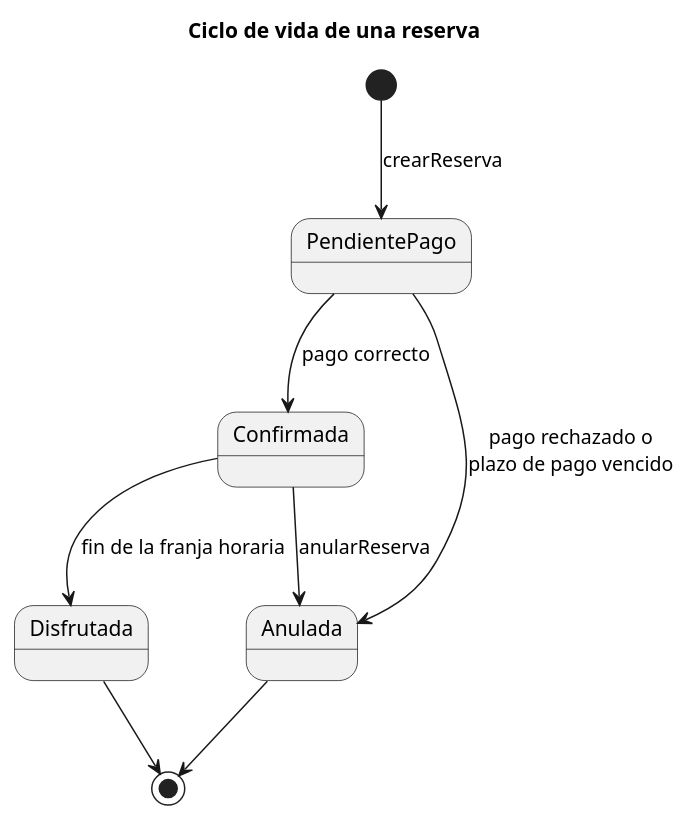
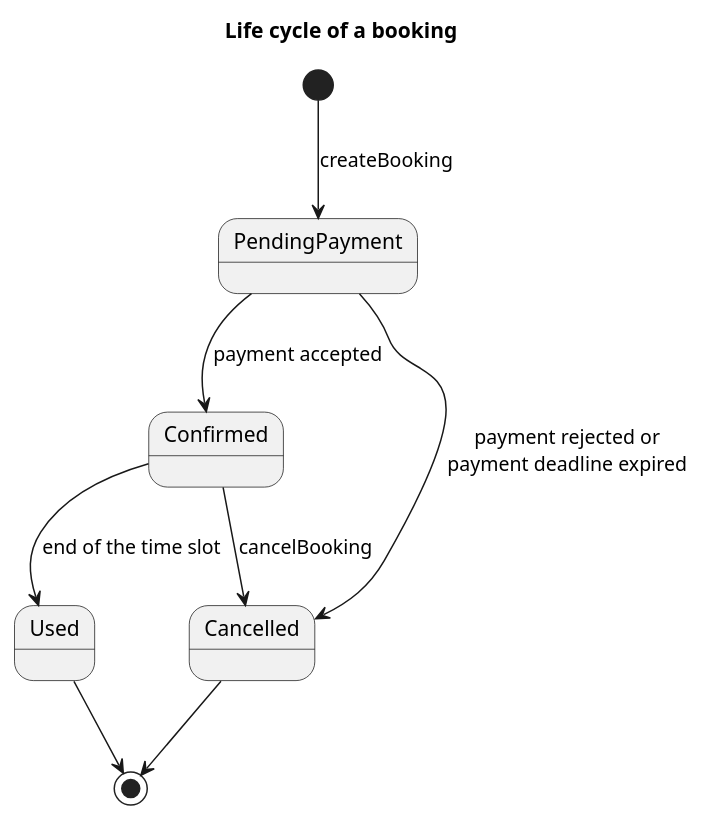
The diagram in archetypes/en_us/projects/sample-sports-center/assets/diagrama-estados-reserva.puml (proteus-University-of-Seville/profile-madeja), drawn with PlantUML before and after one commit. The commit also changed 16 other files, not shown here.

First line of the commit message:
Translate the diagrams of the English sample to English

```diff
--- a/archetypes/en_us/projects/sample-sports-center/assets/diagrama-estados-reserva.puml
+++ b/archetypes/en_us/projects/sample-sports-center/assets/diagrama-estados-reserva.puml
@@ -1,11 +1,11 @@
 @startuml
 skinparam defaultFontName Arial
-title Ciclo de vida de una reserva
-[*] --> PendientePago : crearReserva
-PendientePago --> Confirmada : pago correcto
-PendientePago --> Anulada : pago rechazado o\nplazo de pago vencido
-Confirmada --> Anulada : anularReserva
-Confirmada --> Disfrutada : fin de la franja horaria
-Anulada --> [*]
-Disfrutada --> [*]
+title Life cycle of a booking
+[*] --> PendingPayment : createBooking
+PendingPayment --> Confirmed : payment accepted
+PendingPayment --> Cancelled : payment rejected or\npayment deadline expired
+Confirmed --> Cancelled : cancelBooking
+Confirmed --> Used : end of the time slot
+Cancelled --> [*]
+Used --> [*]
 @enduml
```
